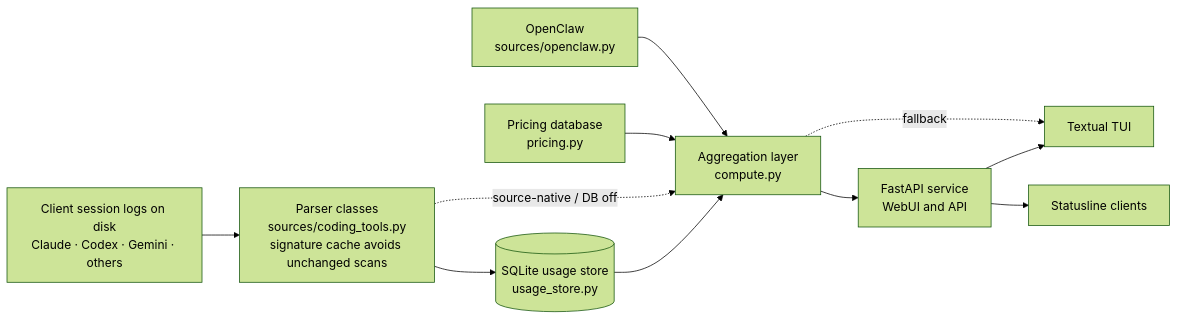
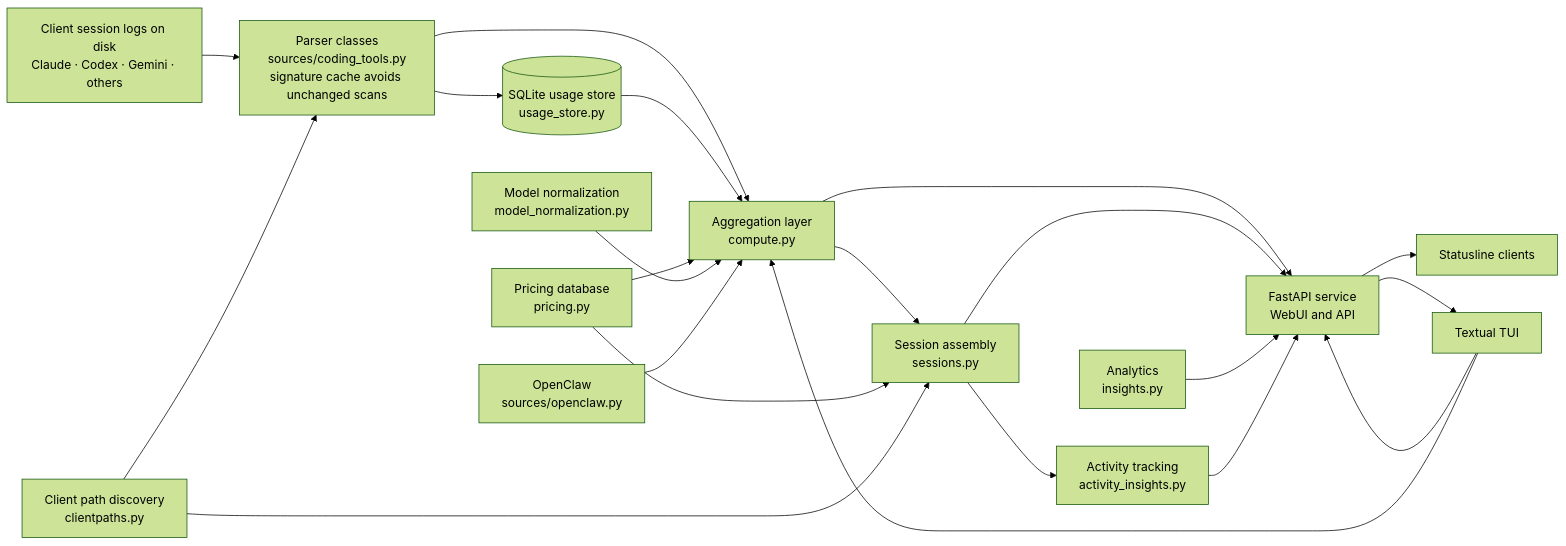
The second of 2 diagrams in docs/development/ARCHITECTURE.md (JingbiaoMei/Tokdash), drawn with Mermaid (forest theme) before and after one commit. The commit also changed other lines of this file, not shown here.

Commit message:
docs: rewrite architecture with full module map and accurate data flow

````diff
--- a/docs/development/ARCHITECTURE.md
+++ b/docs/development/ARCHITECTURE.md
@@ -7,21 +198,38 @@
 ```mermaid
 flowchart LR
     Logs["Client session logs on disk<br/>Claude · Codex · Gemini · others"]
     Parsers["Parser classes<br/>sources/coding_tools.py<br/>signature cache avoids unchanged scans"]
     Store[("SQLite usage store<br/>usage_store.py")]
     Compute["Aggregation layer<br/>compute.py"]
+    Sessions["Session assembly<br/>sessions.py"]
+    Insights["Analytics<br/>insights.py"]
+    ActivityInsights["Activity tracking<br/>activity_insights.py"]
     API["FastAPI service<br/>WebUI and API"]
     TUI["Textual TUI"]
     Statusline["Statusline clients"]
     Pricing["Pricing database<br/>pricing.py"]
+    ModelNorm["Model normalization<br/>model_normalization.py"]
     OpenClaw["OpenClaw<br/>sources/openclaw.py"]
+    ClientPaths["Client path discovery<br/>clientpaths.py"]
 
-    Logs --> Parsers --> Store --> Compute
-    Parsers -.->|source-native / DB off| Compute
+    Logs --> Parsers
+    Parsers --> Store
+    Parsers --> Compute
+    Store --> Compute
+    Compute --> Sessions
+    Sessions --> ActivityInsights
     Compute --> API
+    Sessions --> API
+    Insights --> API
+    ActivityInsights --> API
+    API --> Statusline
     API --> TUI
-    Compute -.->|fallback| TUI
-    API --> Statusline
+    TUI --> API
+    TUI --> Compute
     Pricing --> Compute
+    Pricing --> Sessions
+    ModelNorm --> Compute
     OpenClaw --> Compute
+    ClientPaths --> Parsers
+    ClientPaths --> Sessions
 ```
````
